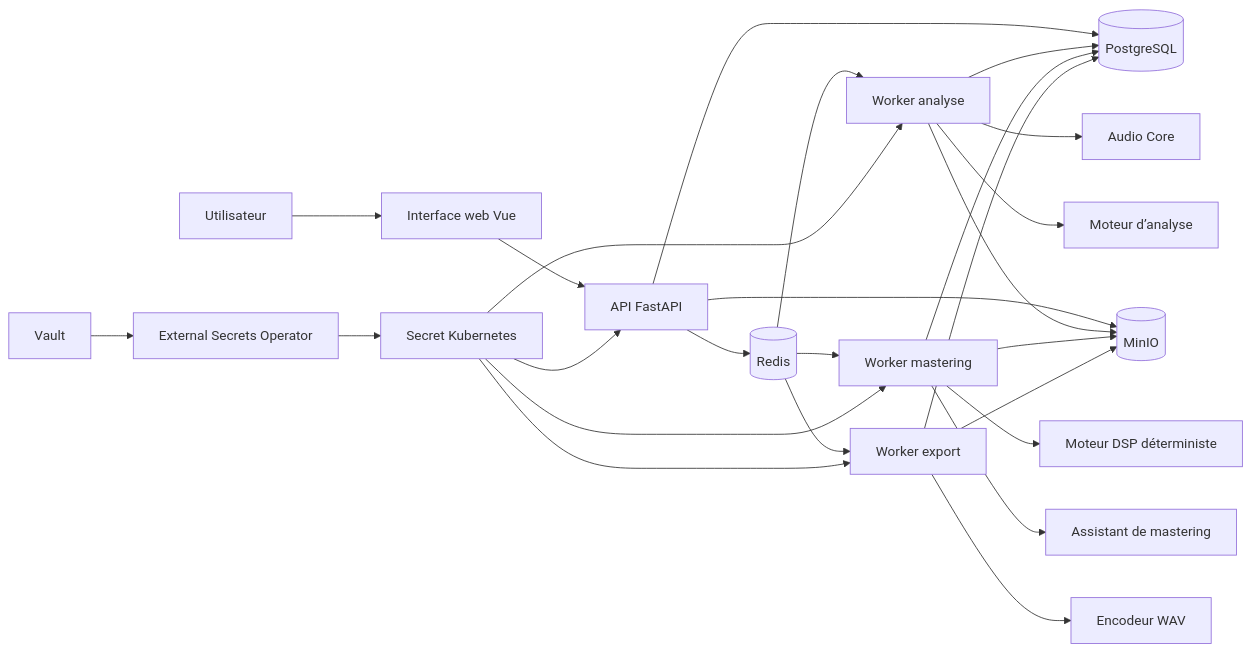
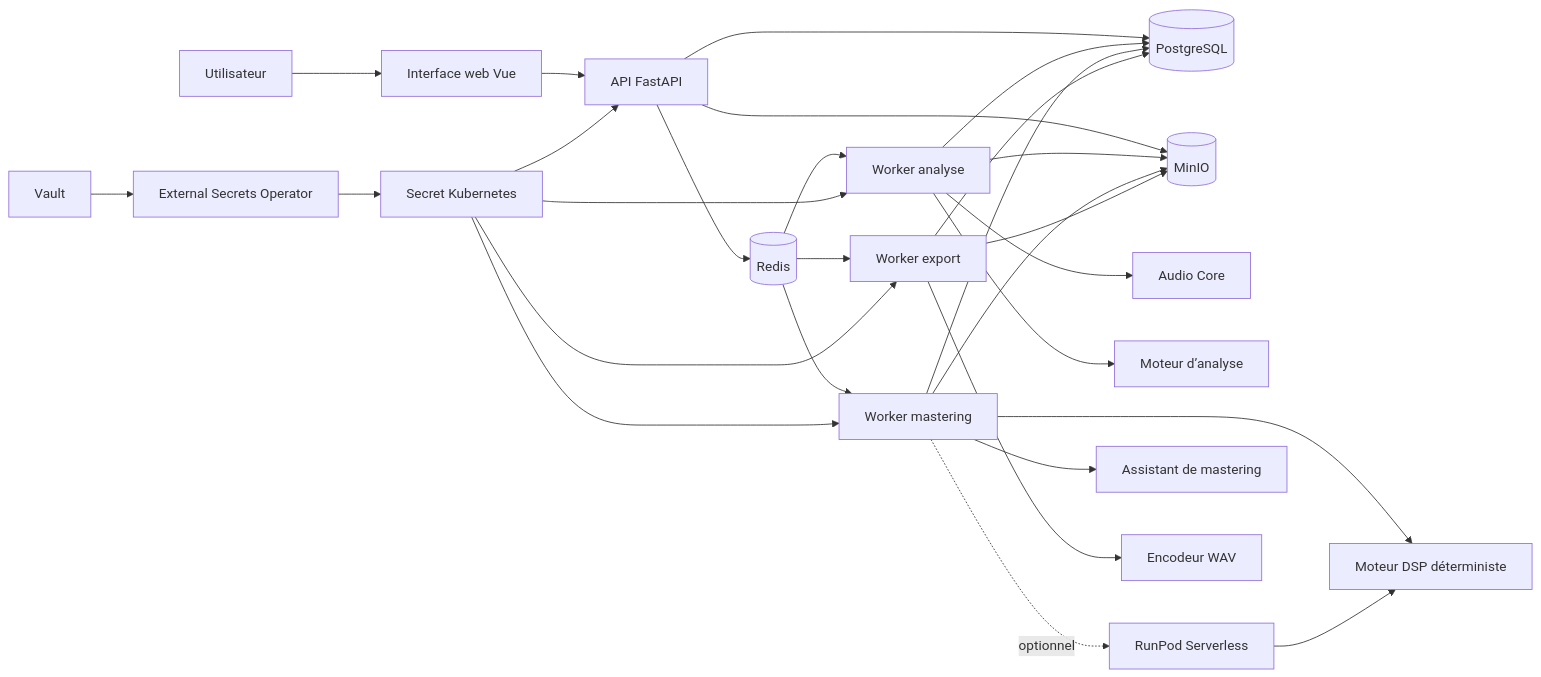
Before and after one commit to lucaslamy/OpenMaster: the first of 2 diagrams in docs/PROJECT_FLOW.fr.md, drawn with Mermaid. The commit also changed other lines of this file and 24 other files, not shown here.

Commit message:
feat(compute): add optional RunPod processing boundary

````diff
--- a/docs/PROJECT_FLOW.fr.md
+++ b/docs/PROJECT_FLOW.fr.md
@@ -9,33 +9,35 @@
 ```mermaid
 flowchart LR
     U[Utilisateur] --> WEB[Interface web Vue]
     WEB --> API[API FastAPI]
 
     API --> PG[(PostgreSQL)]
     API --> REDIS[(Redis)]
     API --> MINIO[(MinIO)]
 
     REDIS --> WA[Worker analyse]
     REDIS --> WM[Worker mastering]
     REDIS --> WE[Worker export]
 
     WA --> AC[Audio Core]
     WA --> AE[Moteur d’analyse]
     WM --> DSP[Moteur DSP déterministe]
+    WM -. optionnel .-> RUNPOD[RunPod Serverless]
+    RUNPOD --> DSP
     WM --> ASSIST[Assistant de mastering]
     WE --> EXPORT[Encodeur WAV]
 
     WA --> PG
     WM --> PG
     WE --> PG
     WA --> MINIO
     WM --> MINIO
     WE --> MINIO
 
     VAULT[Vault] --> ESO[External Secrets Operator]
     ESO --> SECRET[Secret Kubernetes]
     SECRET --> API
     SECRET --> WA
     SECRET --> WM
     SECRET --> WE
 ```
````
